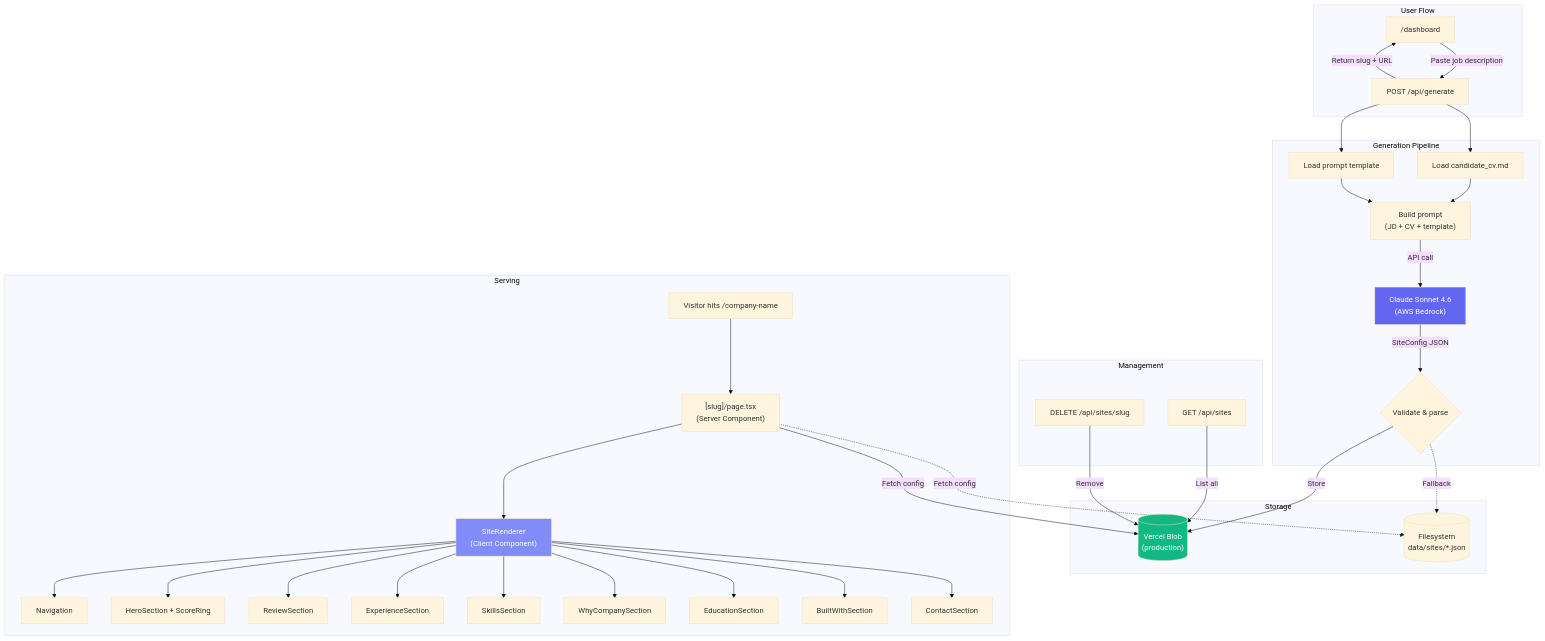
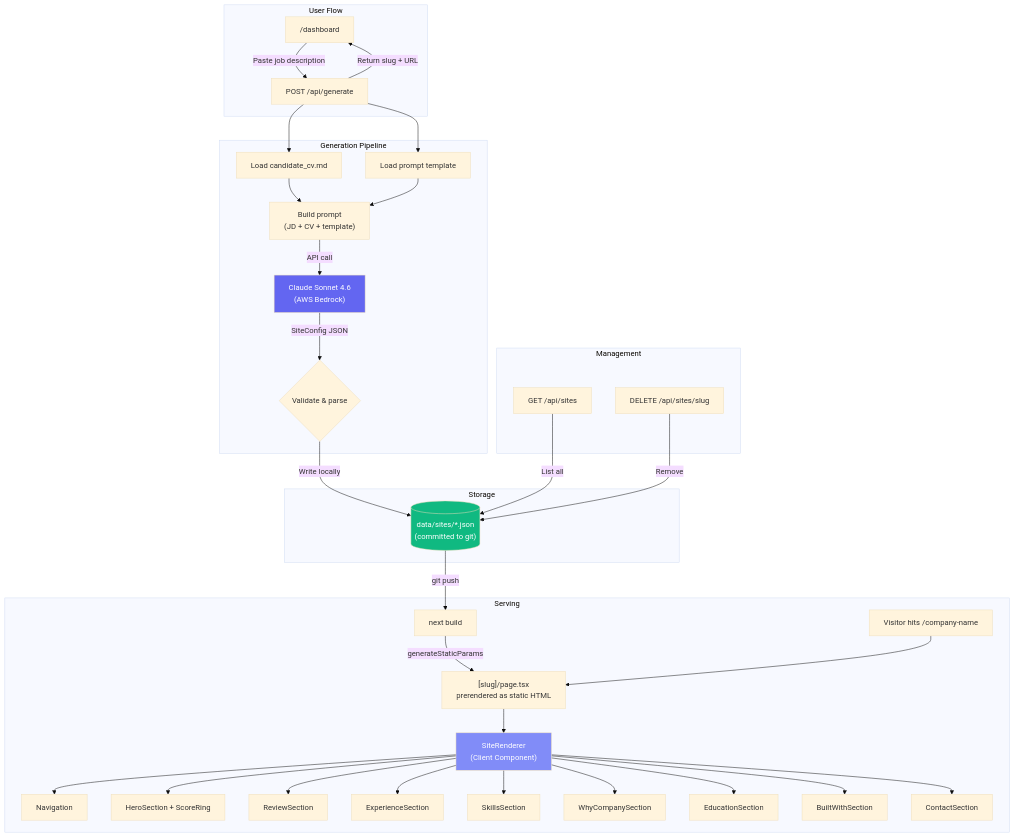
Before and after one commit to priyankaveerabhadrappa/website_generator: the diagram in README.md, drawn with Mermaid (base theme). The commit also changed other lines of this file and 9 other files, not shown here.

````diff
--- a/README.md
+++ b/README.md
@@ -29,46 +29,45 @@
 ```mermaid
 flowchart TB
     subgraph User Flow
         A["/dashboard"] -->|Paste job description| B["POST /api/generate"]
     end
 
     subgraph Generation Pipeline
         B --> C["Load candidate_cv.md"]
         B --> D["Load prompt template"]
         C & D --> E["Build prompt\n(JD + CV + template)"]
         E -->|API call| F["Claude Sonnet 4.6\n(AWS Bedrock)"]
         F -->|SiteConfig JSON| G{Validate & parse}
     end
 
     subgraph Storage
-        G -->|Store| H[("Vercel Blob\n(production)")]
-        G -.->|Fallback| I[("Filesystem\ndata/sites/*.json")]
+        G -->|Write locally| H[("data/sites/*.json\n(committed to git)")]
     end
 
     subgraph Serving
-        J["Visitor hits /company-name"] --> K["[slug]/page.tsx\n(Server Component)"]
-        K -->|Fetch config| H
-        K -.->|Fetch config| I
+        H -->|git push| I["next build"]
+        I -->|generateStaticParams| K["[slug]/page.tsx\nprerendered as static HTML"]
+        J["Visitor hits /company-name"] --> K
         K --> L["SiteRenderer\n(Client Component)"]
         L --> M["Navigation"]
         L --> N["HeroSection + ScoreRing"]
         L --> O["ReviewSection"]
         L --> P["ExperienceSection"]
         L --> Q["SkillsSection"]
         L --> R["WhyCompanySection"]
         L --> S["EducationSection"]
         L --> T["BuiltWithSection"]
         L --> U["ContactSection"]
     end
 
     subgraph Management
         V["GET /api/sites"] -->|List all| H
         W["DELETE /api/sites/slug"] -->|Remove| H
     end
 
     B -->|Return slug + URL| A
 
     style F fill:#6366f1,color:#fff
     style H fill:#10b981,color:#fff
     style L fill:#818cf8,color:#fff
 ```
````
